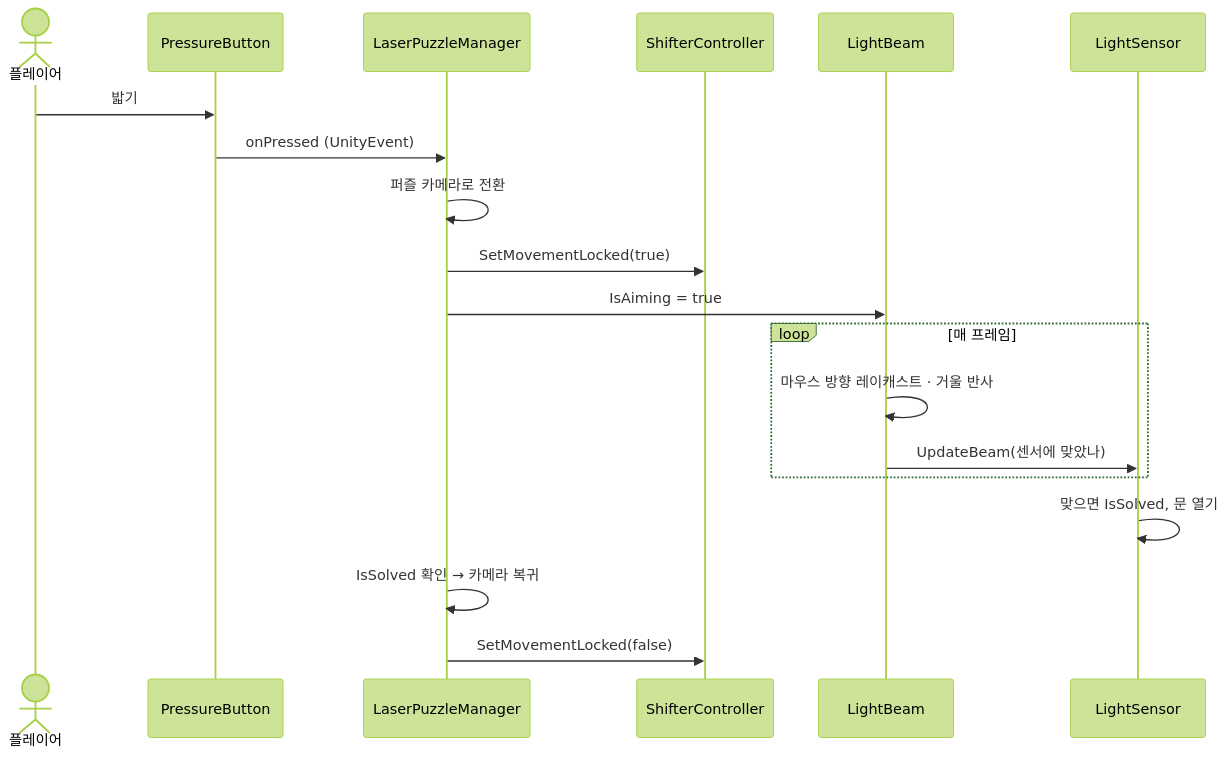
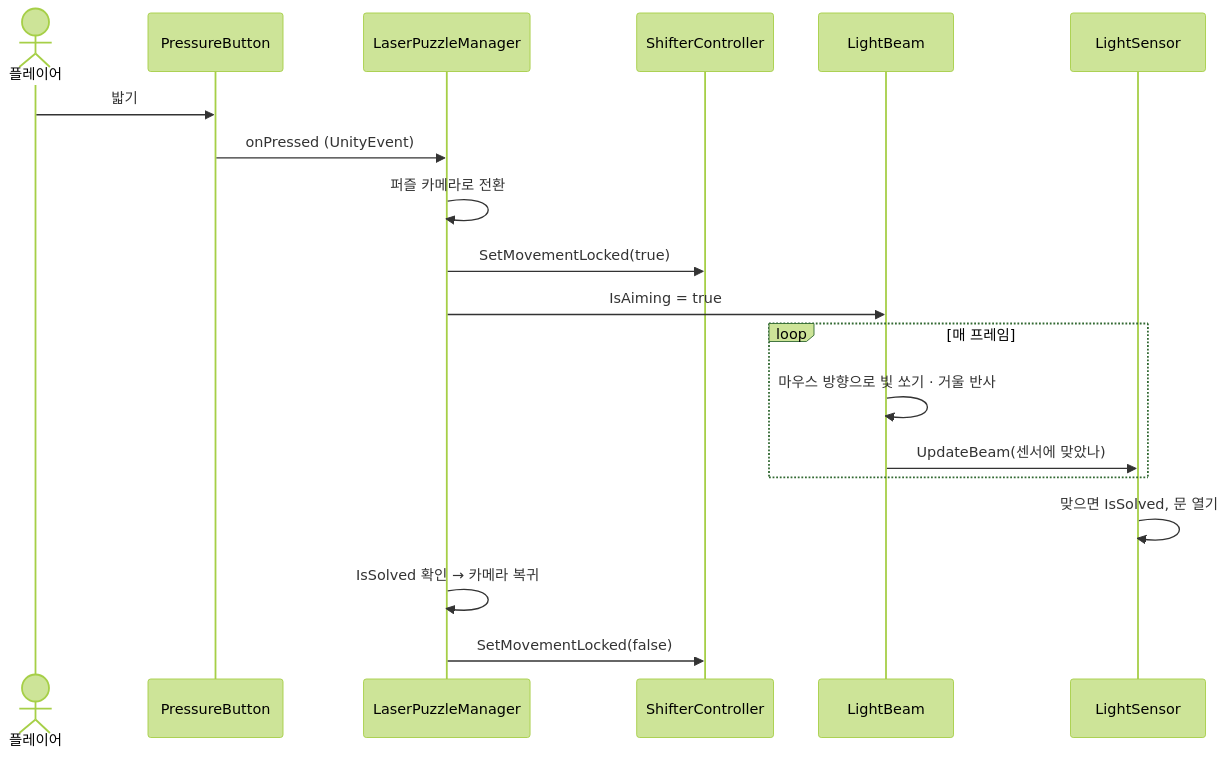
The sixth of 9 diagrams in src/Shifter/Shifter_기술문서.md (krKooHoo/portfolio-template), drawn with Mermaid (forest theme) before and after one commit. The commit also changed other lines of this file and 2 other files, not shown here.

````diff
--- a/src/Shifter/Shifter_기술문서.md
+++ b/src/Shifter/Shifter_기술문서.md
@@ -518,21 +525,21 @@
 ```mermaid
 sequenceDiagram
     actor P as 플레이어
     participant BTN as PressureButton
     participant LPM as LaserPuzzleManager
     participant SC as ShifterController
     participant LB as LightBeam
     participant LS as LightSensor
     P->>BTN: 밟기
     BTN->>LPM: onPressed (UnityEvent)
     LPM->>LPM: 퍼즐 카메라로 전환
     LPM->>SC: SetMovementLocked(true)
     LPM->>LB: IsAiming = true
     loop 매 프레임
-        LB->>LB: 마우스 방향 레이캐스트 · 거울 반사
+        LB->>LB: 마우스 방향으로 빛 쏘기 · 거울 반사
         LB->>LS: UpdateBeam(센서에 맞았나)
     end
     LS->>LS: 맞으면 IsSolved, 문 열기
     LPM->>LPM: IsSolved 확인 → 카메라 복귀
     LPM->>SC: SetMovementLocked(false)
 ```
````
